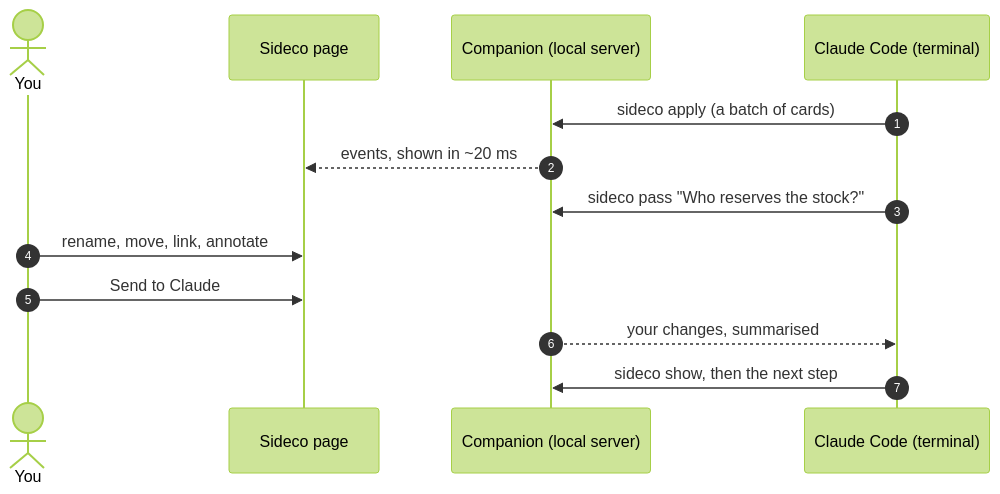
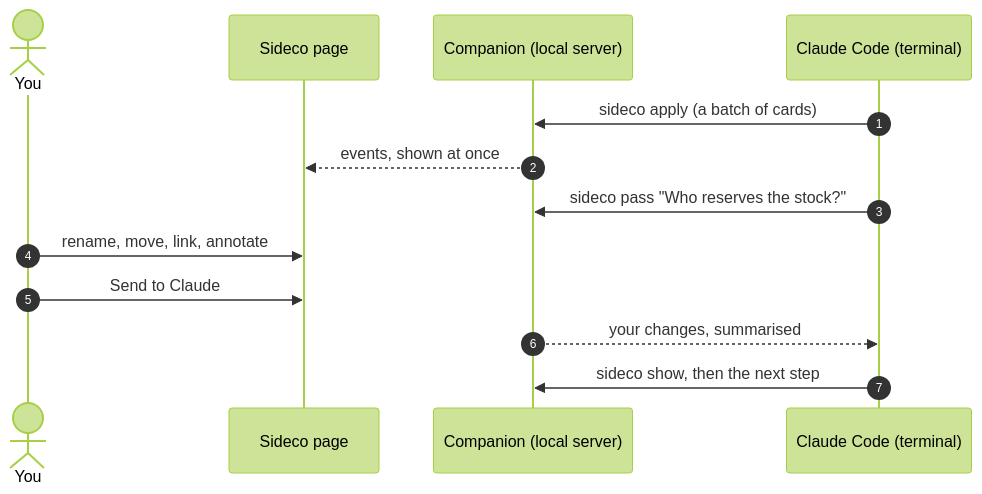
One commit to bastien-gallay/sideco changed the diagram in README.md. Above: the diagram before and after it, drawn with Mermaid (forest theme). The commit also changed other lines of this file and 6 other files, not shown here.

````diff
--- a/README.md
+++ b/README.md
@@ -45,16 +70,16 @@
 ```mermaid
 sequenceDiagram
     autonumber
     actor You
     participant Page as Sideco page
     participant Sideco as Companion (local server)
     participant Claude as Claude Code (terminal)
 
     Claude->>Sideco: sideco apply (a batch of cards)
-    Sideco-->>Page: events, shown in ~20 ms
+    Sideco-->>Page: events, shown at once
     Claude->>Sideco: sideco pass "Who reserves the stock?"
     You->>Page: rename, move, link, annotate
     You->>Page: Send to Claude
     Sideco-->>Claude: your changes, summarised
     Claude->>Sideco: sideco show, then the next step
 ```
````
